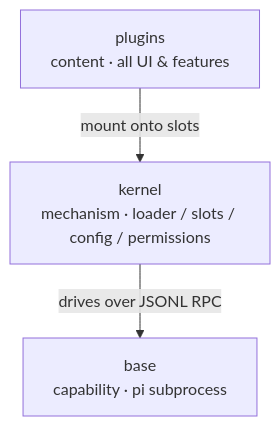
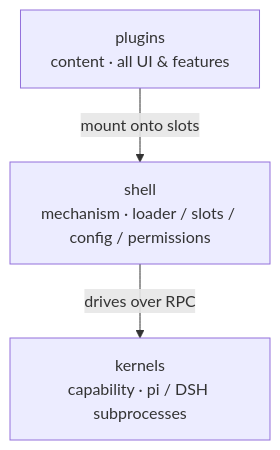
The first of 5 diagrams in README.md (GOODDAYDAY/my-harness-desktop), drawn with Mermaid before and after one commit. The commit also changed other lines of this file and 1 other file, not shown here.

First line of the commit message:
docs(readme): 全篇改为多内核口径(pi/dsh 同级)

````diff
--- a/README.md
+++ b/README.md
@@ -122,5 +127,5 @@
 ```mermaid
 flowchart TB
-    P[plugins<br/>content · all UI & features] -->|mount onto slots| K
-    K[kernel<br/>mechanism · loader / slots / config / permissions] -->|drives over JSONL RPC| B[base<br/>capability · pi subprocess]
+    P[plugins<br/>content · all UI & features] -->|mount onto slots| S
+    S[shell<br/>mechanism · loader / slots / config / permissions] -->|drives over RPC| K[kernels<br/>capability · pi / DSH subprocesses]
 ```
````
